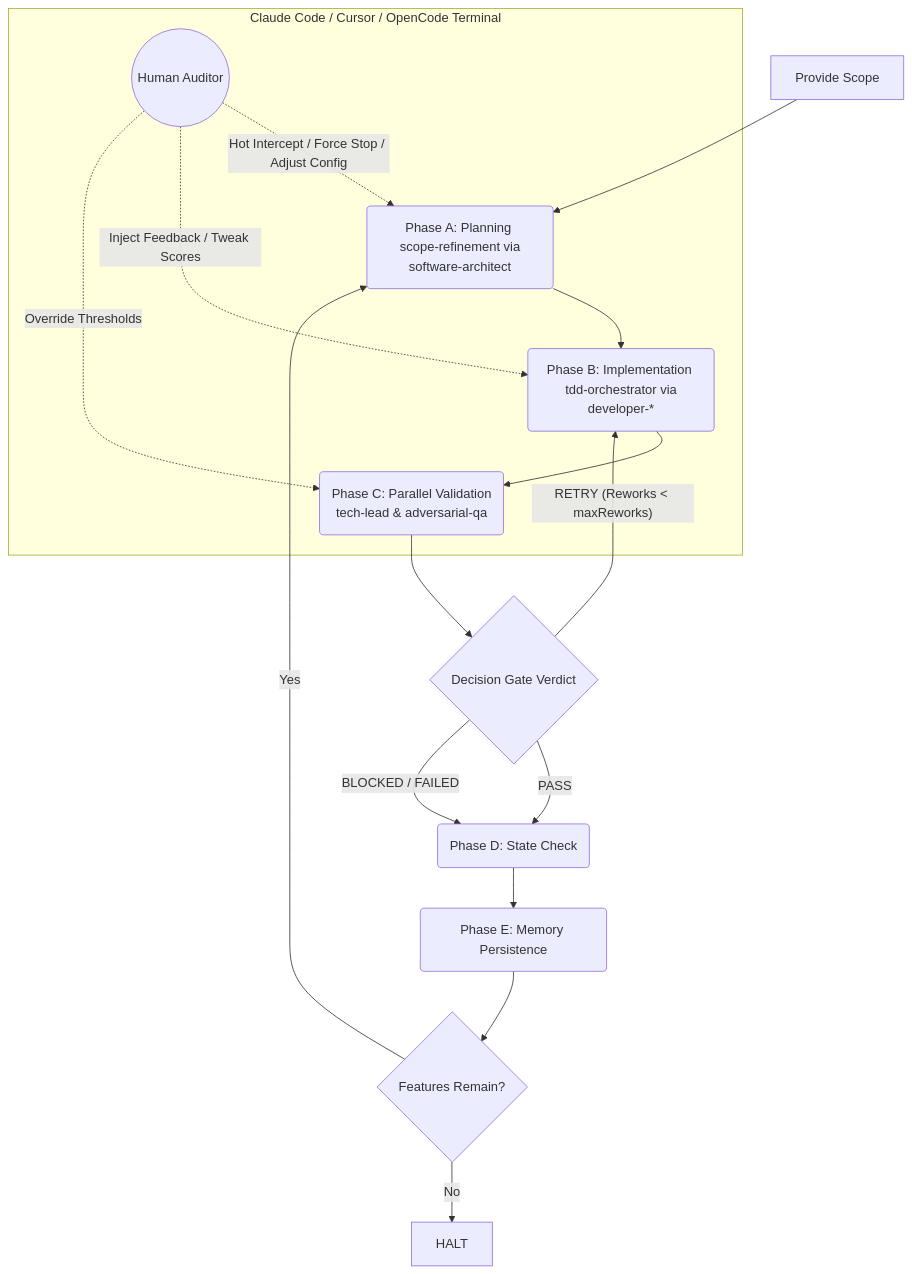
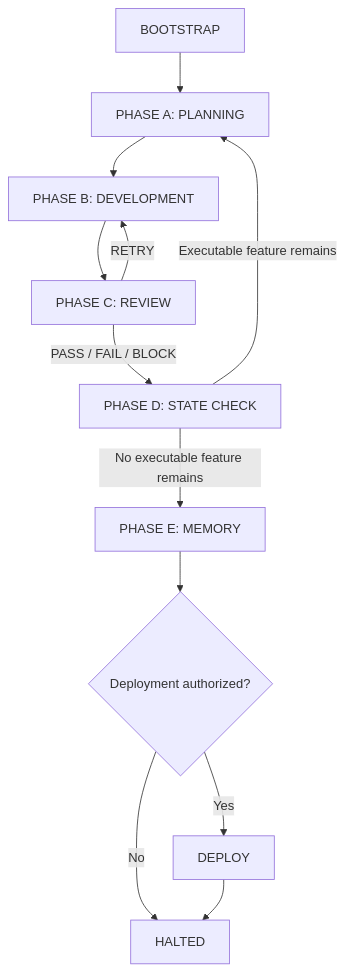
The diagram in docs/workflow/AUTONOMOUS-ORCHESTRATOR.md (romabeckman/harness-kit), drawn with Mermaid before and after one commit. The commit also changed other lines of this file and 4 other files, not shown here.

````diff
--- a/docs/workflow/AUTONOMOUS-ORCHESTRATOR.md
+++ b/docs/workflow/AUTONOMOUS-ORCHESTRATOR.md
@@ -25,22 +41,14 @@
 ```mermaid
-graph TD
-    Start[Provide Scope] --> B(Phase A: Planning <br/> scope-refinement via software-architect)
-    B --> C(Phase B: Implementation <br/> tdd-orchestrator via developer-*)
-    C --> D(Phase C: Parallel Validation <br/> tech-lead & adversarial-qa)
-    D --> E{Decision Gate Verdict}
-    E -- PASS --> F(Phase D: State Check)
-    E -- "RETRY (Reworks < maxReworks)" --> C
-    E -- "BLOCKED / FAILED" --> F
-    F --> G(Phase E: Memory Persistence)
-    G --> H{Features Remain?}
-    H -- Yes --> B
-    H -- No --> End[HALT]
-
-    %% Live Human Interception Layer
-    subgraph Live Monitoring Panel [Claude Code / Cursor / OpenCode Terminal]
-        Human((Human Auditor)) -.->|Hot Intercept / Force Stop / Adjust Config| B
-        Human -.->|Inject Feedback / Tweak Scores| C
-        Human -.->|Override Thresholds| D
-    end
-
+flowchart TD
+    A[BOOTSTRAP] --> B[PHASE A: PLANNING]
+    B --> C[PHASE B: DEVELOPMENT]
+    C --> D[PHASE C: REVIEW]
+    D -- RETRY --> C
+    D -- PASS / FAIL / BLOCK --> E[PHASE D: STATE CHECK]
+    E -- Executable feature remains --> B
+    E -- No executable feature remains --> F[PHASE E: MEMORY]
+    F --> G{Deployment authorized?}
+    G -- Yes --> H[DEPLOY]
+    G -- No --> I[HALTED]
+    H --> I
 ```
````
